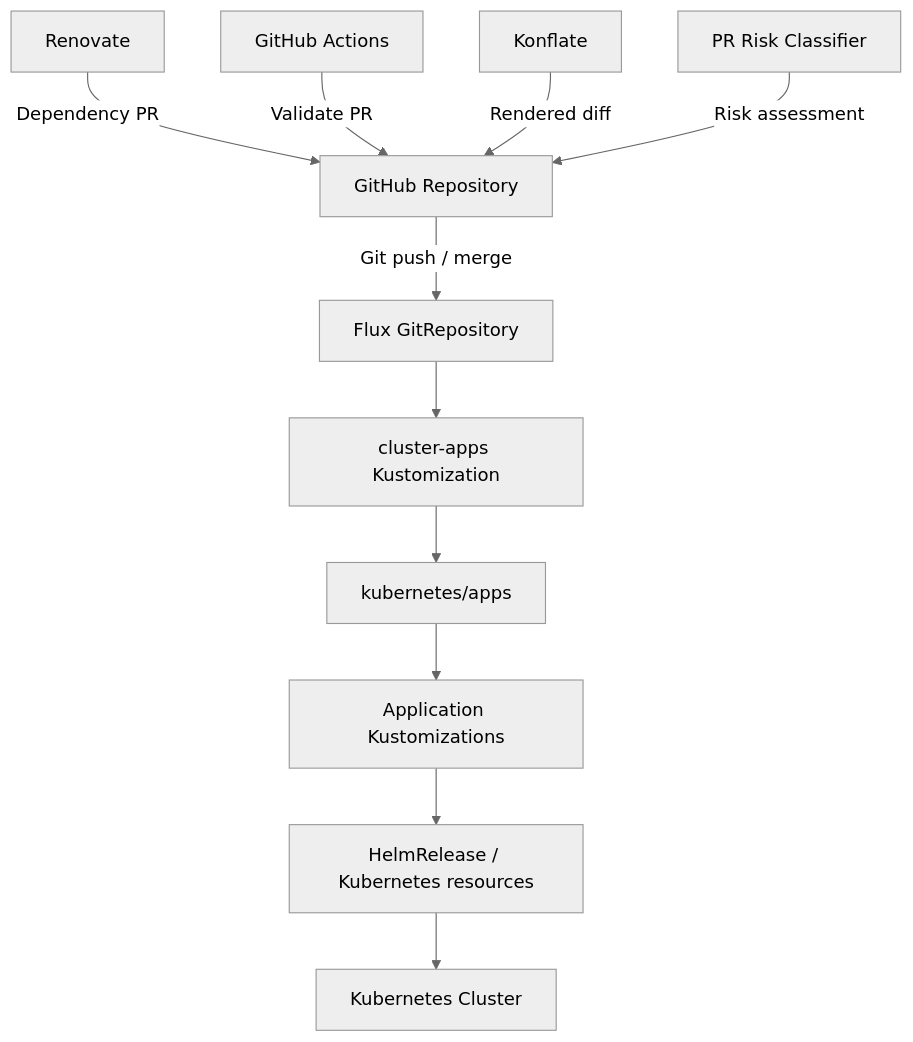
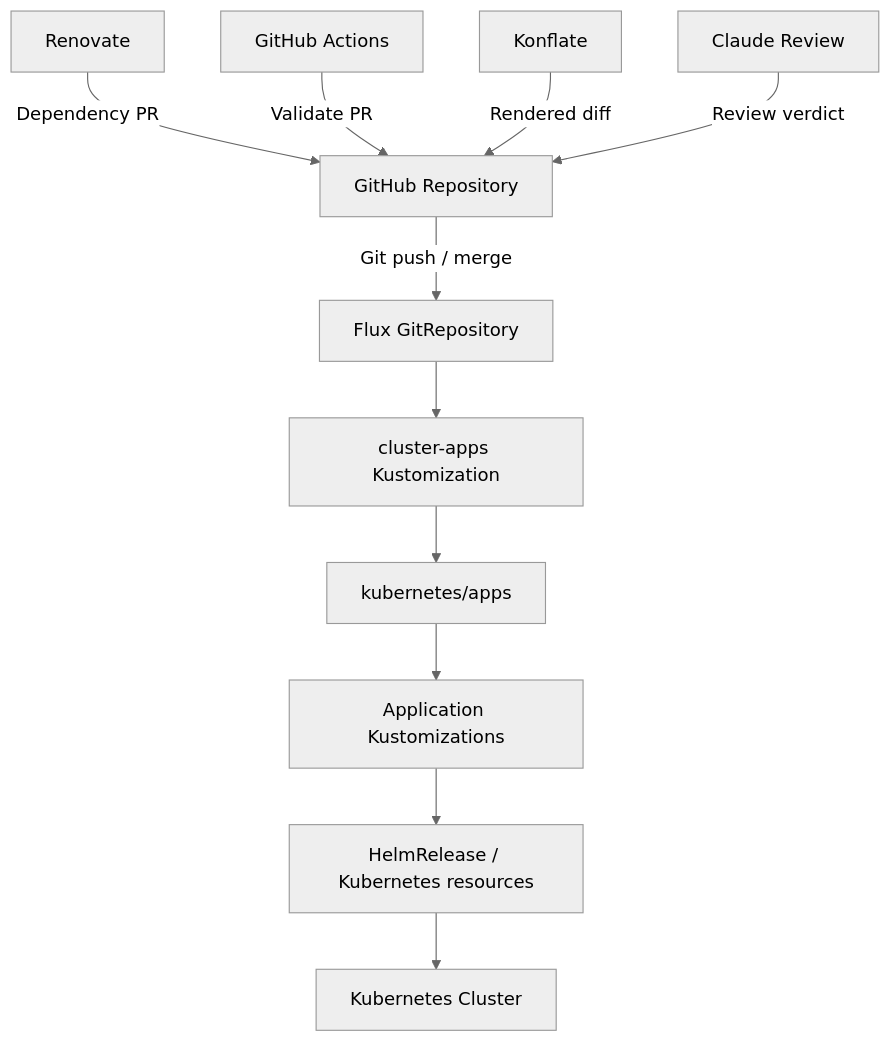
Before and after one commit to qnimbus/home-lab: the diagram in README.md, drawn with Mermaid (neutral theme). The commit also changed other lines of this file and 29 other files, not shown here.

````diff
--- a/README.md
+++ b/README.md
@@ -181,14 +181,14 @@
 ```mermaid
 graph TD
     A[GitHub Repository] -->|Git push / merge| B[Flux GitRepository]
     B --> C[cluster-apps Kustomization]
     C --> D[kubernetes/apps]
     D --> E[Application Kustomizations]
     E --> F[HelmRelease / Kubernetes resources]
     F --> G[Kubernetes Cluster]
 
     H[Renovate] -->|Dependency PR| A
     I[GitHub Actions] -->|Validate PR| A
     J[Konflate] -->|Rendered diff| A
-    K[PR Risk Classifier] -->|Risk assessment| A
+    K[Claude Review] -->|Review verdict| A
 ```
````
